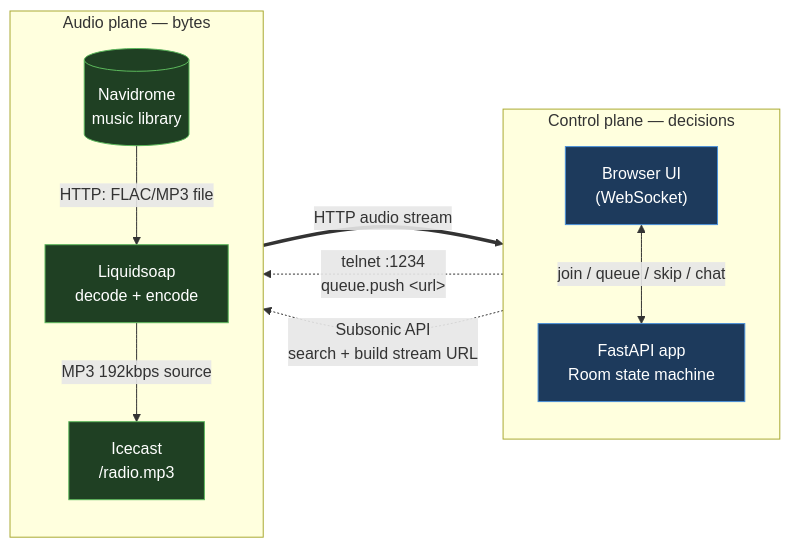
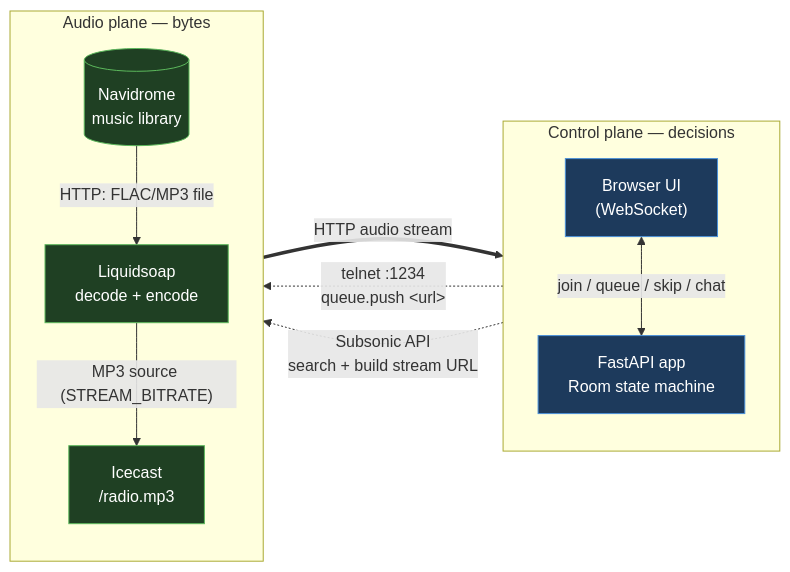
One commit to tsdaemon/tsdfm changed the first of 8 diagrams in docs/architecture.md. Above: the diagram before and after it, drawn with Mermaid. The commit also changed other lines of this file and 33 other files, not shown here.

````diff
--- a/docs/architecture.md
+++ b/docs/architecture.md
@@ -16,27 +16,27 @@
 ```mermaid
 flowchart LR
     subgraph control["Control plane — decisions"]
         direction TB
         Browser["Browser UI<br/>(WebSocket)"]
         App["FastAPI app<br/>Room state machine"]
         Browser <-->|"join / queue / skip / chat"| App
     end
 
     subgraph audio["Audio plane — bytes"]
         direction TB
         Navidrome[("Navidrome<br/>music library")]
         Liquidsoap["Liquidsoap<br/>decode + encode"]
         Icecast["Icecast<br/>/radio.mp3"]
         Navidrome -->|"HTTP: FLAC/MP3 file"| Liquidsoap
-        Liquidsoap -->|"MP3 192kbps source"| Icecast
+        Liquidsoap -->|"MP3 source (STREAM_BITRATE)"| Icecast
     end
 
     App -.->|"telnet :1234<br/>queue.push &lt;url&gt;"| Liquidsoap
     App -.->|"Subsonic API<br/>search + build stream URL"| Navidrome
     Icecast ==>|"HTTP audio stream"| Browser
 
     classDef ctrl fill:#1d3a5c,stroke:#4a90d9,color:#fff
     classDef aud fill:#1f4023,stroke:#5cb85c,color:#fff
     class Browser,App ctrl
     class Navidrome,Liquidsoap,Icecast aud
 ```
````
